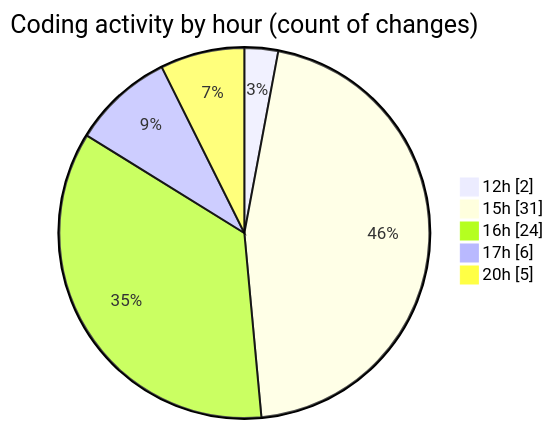
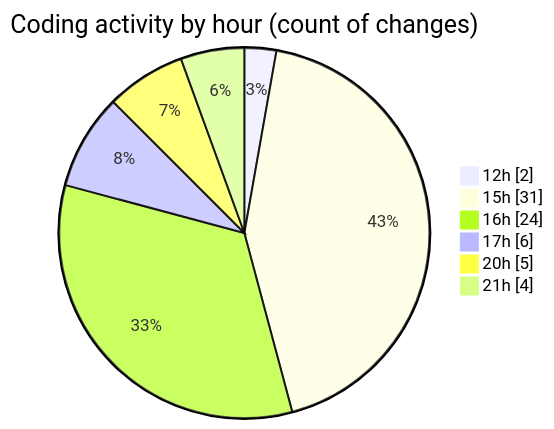
One commit to momahboobian/code-tracking changed the second of 2 diagrams in 2025-02-26/cda/README.md. Above: the diagram before and after it, drawn with Mermaid. The commit also changed other lines of this file and 1 other file, not shown here.

````diff
--- a/2025-02-26/cda/README.md
+++ b/2025-02-26/cda/README.md
@@ -42,9 +44,10 @@
 ```mermaid
 pie showData
 title Coding activity by hour (count of changes)
 "12h" : 2
 "15h" : 31
 "16h" : 24
 "17h" : 6
 "20h" : 5
+"21h" : 4
 ```
````
